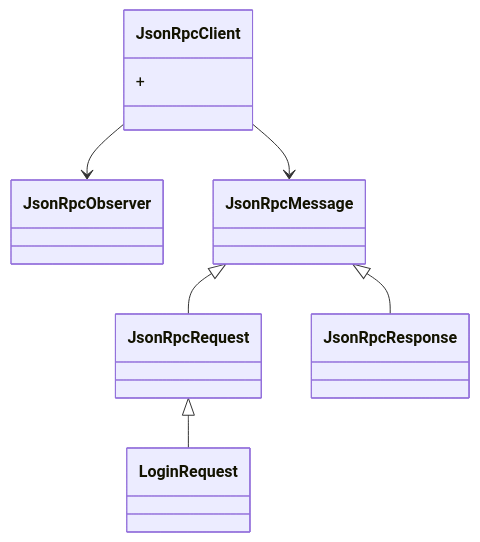
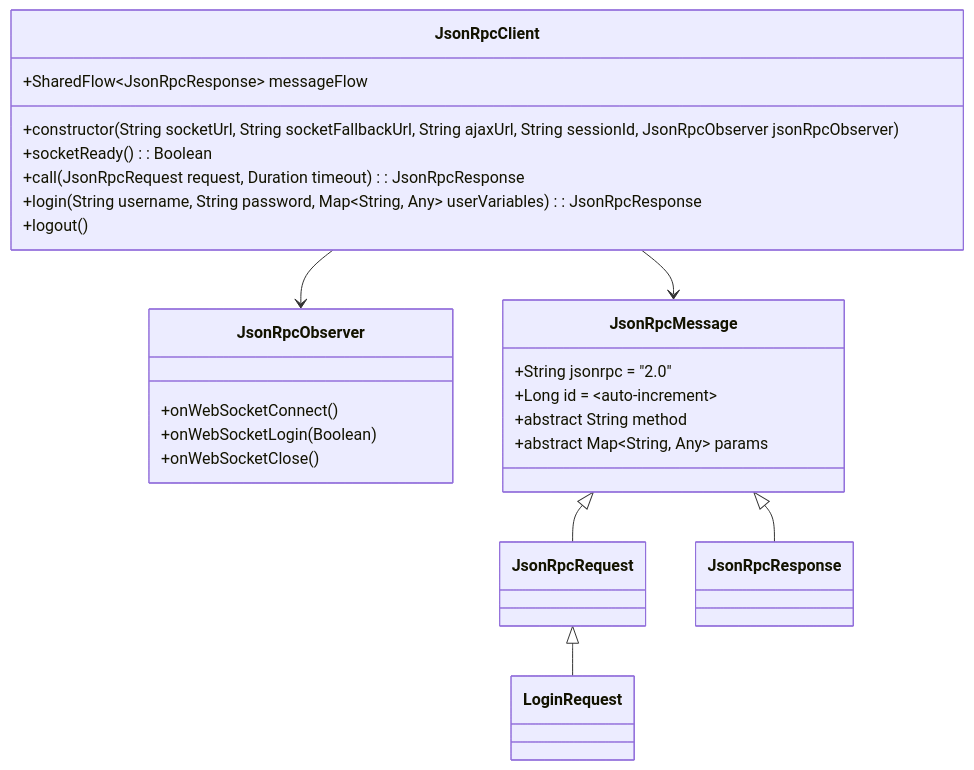
Before and after one commit to bjenning04/foam: the diagram in verto-design.md, drawn with Mermaid.

Commit message:
May 4, 2026, 3:52 PM

````diff
--- a/verto-design.md
+++ b/verto-design.md
@@ -23,20 +23,45 @@
 ```mermaid
 ---
 displayMode: compact
 ---
 classDiagram
     JsonRpcClient --> JsonRpcObserver
     JsonRpcClient --> JsonRpcMessage
     JsonRpcMessage <|-- JsonRpcRequest
     JsonRpcMessage <|-- JsonRpcResponse
     JsonRpcRequest <|-- LoginRequest
 
     class JsonRpcClient {
-        +
+        +SharedFlow~JsonRpcResponse~ messageFlow
+        +constructor(String socketUrl, String socketFallbackUrl, String ajaxUrl, String sessionId, JsonRpcObserver jsonRpcObserver)
+        +socketReady(): Boolean
+        +call(JsonRpcRequest request, Duration timeout): JsonRpcResponse
+        +login(String username, String password, Map~String, Any~ loginParams, Map~String, Any~ userVariables): JsonRpcResponse
+        +logout()
     }
-    class JsonRpcMessage
-    class JsonRpcObserver
-    class JsonRpcRequest
-    class JsonRpcResponse
-    class LoginRequest
+
+    class JsonRpcMessage {
+        +String jsonrpc = "2.0"
+        +Long id = ~auto-increment~
+        +abstract String method
+        +abstract Map~String, Any~ params
+    }
+
+    class JsonRpcObserver {
+        +onWebSocketConnect()
+        +onWebSocketLogin(Boolean)
+        +onWebSocketClose()
+    }
+
+    class JsonRpcRequest {
+
+    }
+
+    class JsonRpcResponse {
+
+    }
+
+    class LoginRequest {
+
+    }
 ```
````
